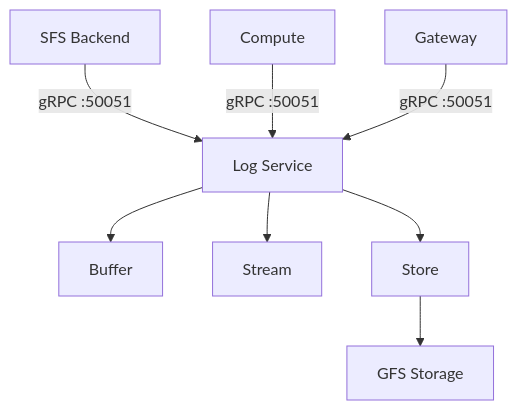
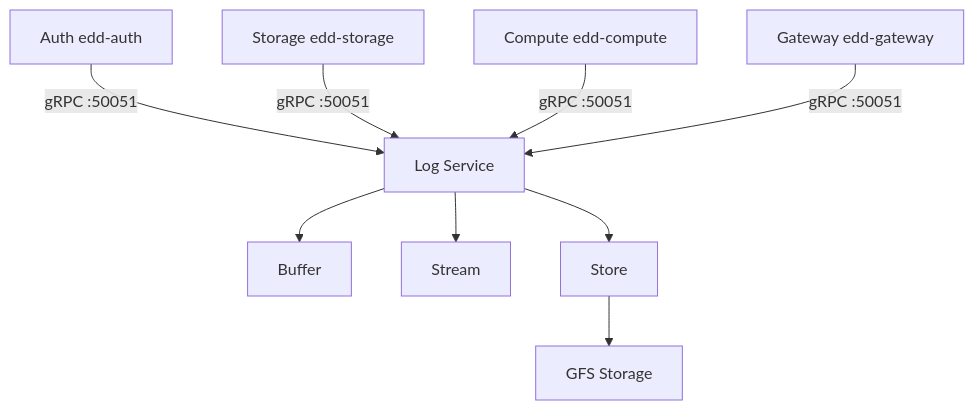
One commit to EddisonSo/cloud changed the diagram in edd-cloud-docs/docs/services/logging.md. Above: the diagram before and after it, drawn with Mermaid. The commit also changed other lines of this file and 8 other files, not shown here.

First line of the commit message:
Wire auth into gfslog and standardize log source names

````diff
--- a/edd-cloud-docs/docs/services/logging.md
+++ b/edd-cloud-docs/docs/services/logging.md
@@ -19,12 +19,13 @@
 ```mermaid
 flowchart TB
-    SFS[SFS Backend] -->|gRPC :50051| LogService[Log Service]
-    Compute[Compute] -->|gRPC :50051| LogService
-    Gateway[Gateway] -->|gRPC :50051| LogService
+    Auth[Auth edd-auth] -->|gRPC :50051| LogService[Log Service]
+    Storage[Storage edd-storage] -->|gRPC :50051| LogService
+    Compute[Compute edd-compute] -->|gRPC :50051| LogService
+    Gateway[Gateway edd-gateway] -->|gRPC :50051| LogService
 
     LogService --> Buffer[Buffer]
     LogService --> Stream[Stream]
     LogService --> Store[Store]
 
     Store --> GFS[GFS Storage]
 ```
````
